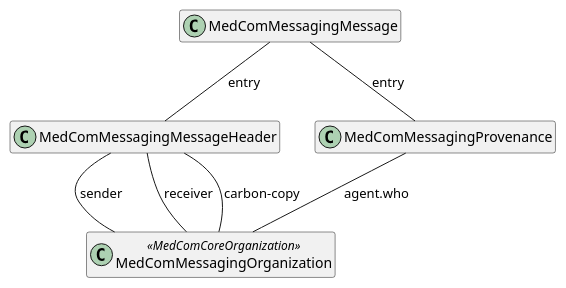
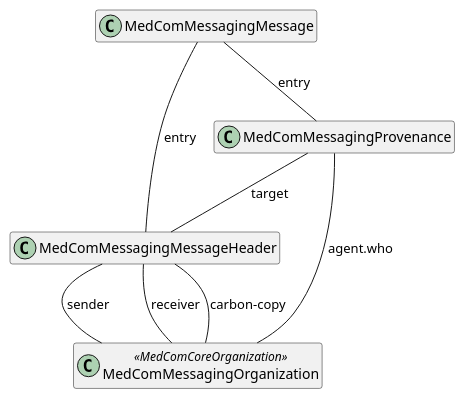
Before and after one commit to medcomdk/dk-medcom-messaging: the diagram in puml/MessagingModel.puml, drawn with PlantUML. The commit also changed 2 other files, not shown here.

```diff
--- a/puml/MessagingModel.puml
+++ b/puml/MessagingModel.puml
@@ -1,19 +1,20 @@
 @startuml MessagingModel
 
 hide empty members
 
 class "MedComMessagingMessage" as message
 class "MedComMessagingMessageHeader" as messageHeader
 class "MedComMessagingOrganization" as organization <<MedComCoreOrganization>>
 class "MedComMessagingProvenance" as provenance
 
 message -- messageHeader : "entry"
 message -- provenance : "entry"
 
 provenance -- organization : "agent.who"
+provenance -- messageHeader : "target"
 
 messageHeader -- organization : "sender"
 messageHeader -- organization : "receiver"
 messageHeader -- organization : "carbon-copy"
 
 @enduml
```
